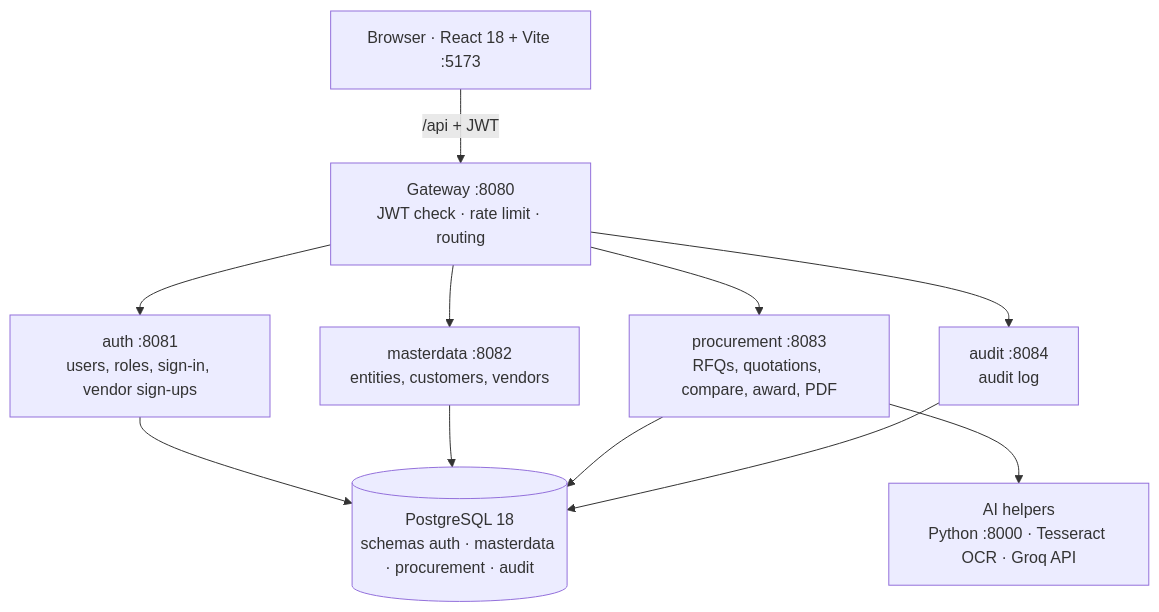
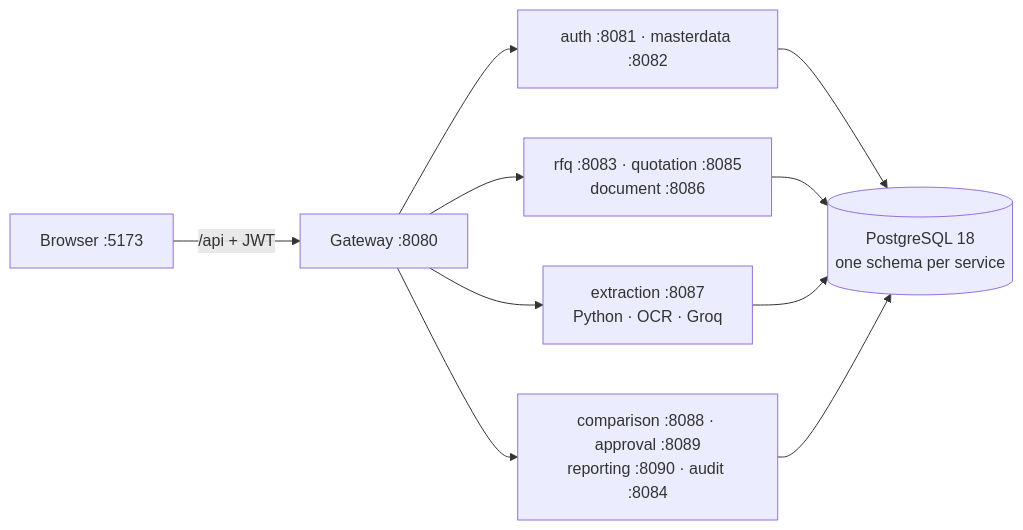
One commit to gautamharshit-93/project-sutra changed the diagram in docs/SUTRA_PROJECT_GUIDE.md. Above: the diagram before and after it, drawn with Mermaid. The commit also changed other lines of this file and 72 other files, not shown here.

````diff
--- a/docs/SUTRA_PROJECT_GUIDE.md
+++ b/docs/SUTRA_PROJECT_GUIDE.md
@@ -193,13 +200,9 @@
 ```mermaid
-flowchart TB
-  B["Browser · React 18 + Vite :5173"] -->|"/api + JWT"| G["Gateway :8080<br/>JWT check · rate limit · routing"]
-  G --> A["auth :8081<br/>users, roles, sign-in, vendor sign-ups"]
-  G --> M["masterdata :8082<br/>entities, customers, vendors"]
-  G --> P["procurement :8083<br/>RFQs, quotations, compare, award, PDF"]
-  G --> U["audit :8084<br/>audit log"]
-  P --> H["AI helpers<br/>Python :8000 · Tesseract OCR · Groq API"]
-  A --> DB[("PostgreSQL 18<br/>schemas auth · masterdata · procurement · audit")]
-  M --> DB
-  P --> DB
-  U --> DB
+flowchart LR
+  B["Browser :5173"] -->|"/api + JWT"| G["Gateway :8080"]
+  G --> S1["auth :8081 · masterdata :8082"]
+  G --> S2["rfq :8083 · quotation :8085<br/>document :8086"]
+  G --> S3["extraction :8087<br/>Python · OCR · Groq"]
+  G --> S4["comparison :8088 · approval :8089<br/>reporting :8090 · audit :8084"]
+  S1 & S2 & S3 & S4 --> DB[("PostgreSQL 18<br/>one schema per service")]
 ```
````
